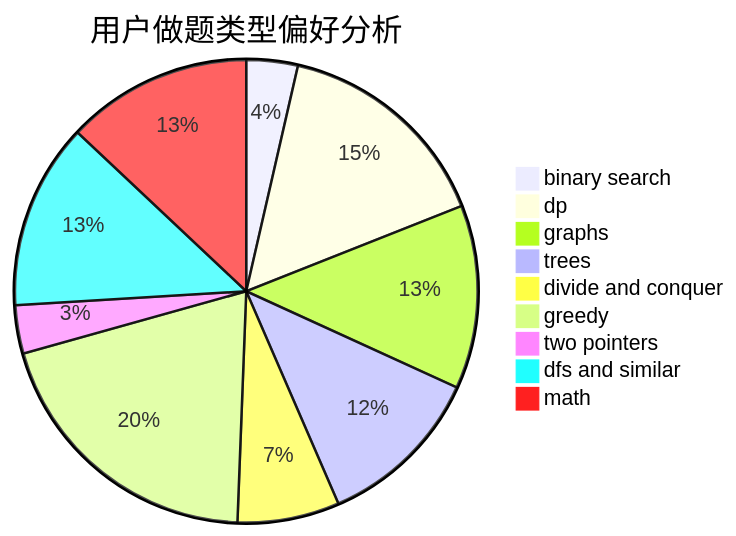
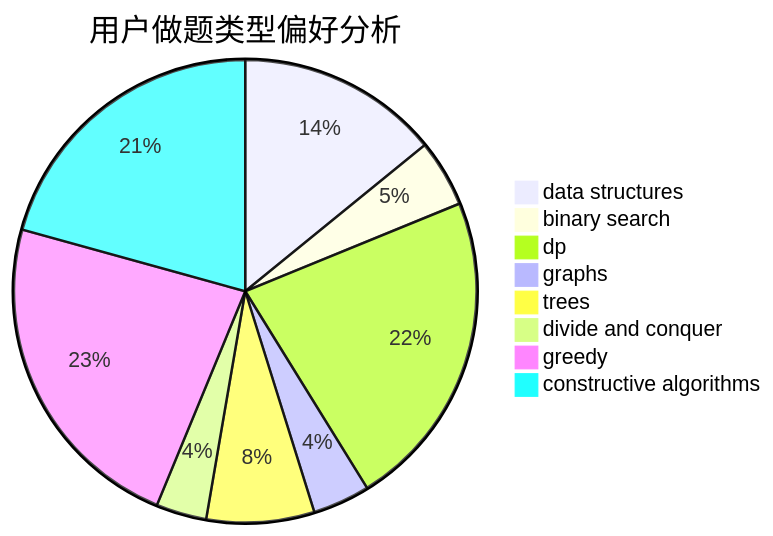
The second of 3 diagrams in docs/user/u1354.md (sherpahu/cfrs.github.io), drawn with Mermaid before and after one commit. The commit also changed other lines of this file and 2775 other files, not shown here.

````diff
--- a/docs/user/u1354.md
+++ b/docs/user/u1354.md
@@ -23,12 +23,11 @@
 ```mermaid
 pie title 用户做题类型偏好分析
-    "binary search" :  68
-    "dp" :  292
-    "graphs" :  243
-    "trees" :  221
-    "divide and conquer" :  135
-    "greedy" :  380
-    "two pointers" :  64
-    "dfs and similar" :  246
-    "math" :  246
+    "data structures" :  60
+    "binary search" :  20
+    "dp" :  95
+    "graphs" :  17
+    "trees" :  32
+    "divide and conquer" :  15
+    "greedy" :  98
+    "constructive algorithms" :  88
 ```
````
